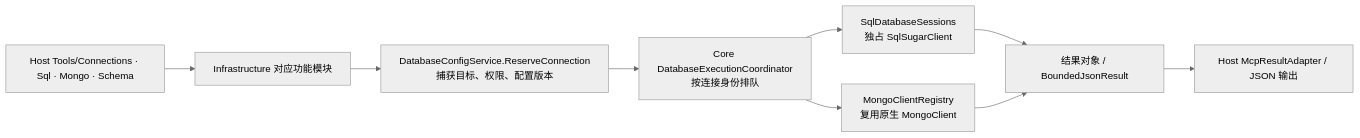
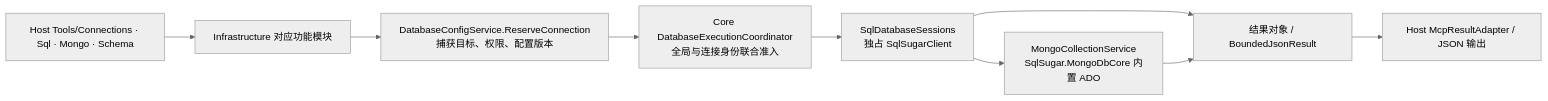
The second of 5 diagrams in Doc/backend-architecture.md (ttcc666/DatabaseMcpServer), drawn with Mermaid (neutral theme) before and after one commit. The commit also changed other lines of this file and 254 other files, not shown here.

````diff
--- a/Doc/backend-architecture.md
+++ b/Doc/backend-architecture.md
@@ -42,11 +44,11 @@
 ```mermaid
 flowchart LR
     T["Host Tools/Connections · Sql · Mongo · Schema"] --> O["Infrastructure 对应功能模块"]
     O --> R["DatabaseConfigService.ReserveConnection<br/>捕获目标、权限、配置版本"]
-    R --> A["Core DatabaseExecutionCoordinator<br/>按连接身份排队"]
+    R --> A["Core DatabaseExecutionCoordinator<br/>全局与连接身份联合准入"]
     A --> S["SqlDatabaseSessions<br/>独占 SqlSugarClient"]
-    A --> M["MongoClientRegistry<br/>复用原生 MongoClient"]
     S --> V["结果对象 / BoundedJsonResult"]
+    S --> M["MongoCollectionService<br/>SqlSugar.MongoDbCore 内置 ADO"]
     M --> V
     V --> W["Host McpResultAdapter / JSON 输出"]
 ```
````
